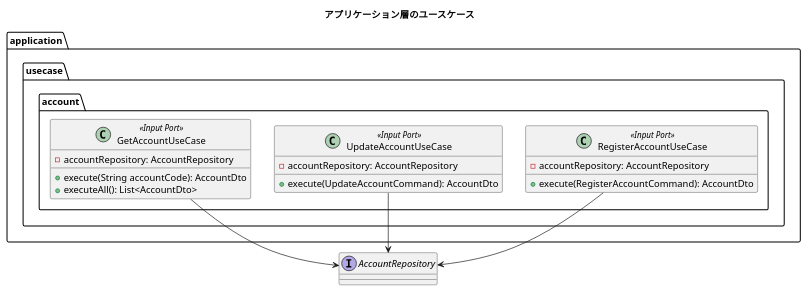
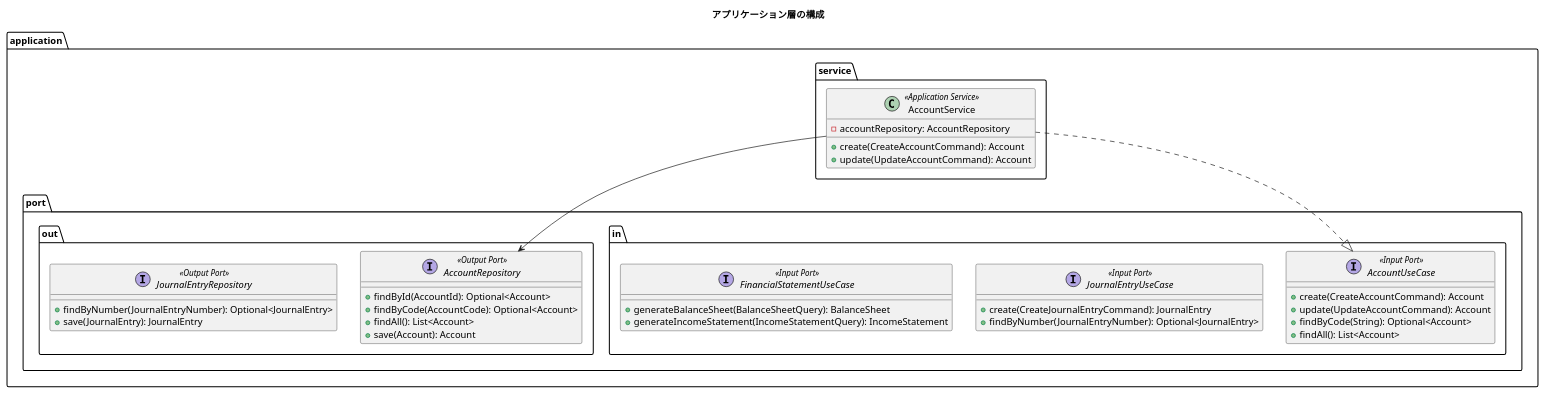
One commit to k2works/case-study-accounting changed the third of 6 diagrams in docs/design/architecture_backend.md. Above: the diagram before and after it, drawn with PlantUML. The commit also changed other lines of this file, not shown here.

First line of the commit message:
docs(design): architecture_backend.md の整合性を修正

````diff
--- a/docs/design/architecture_backend.md
+++ b/docs/design/architecture_backend.md
@@ -287,29 +282,49 @@
 ```plantuml
 @startuml
-title アプリケーション層のユースケース
+title アプリケーション層の構成
 
-package "application.usecase.account" {
-  class RegisterAccountUseCase <<Input Port>> {
-    - accountRepository: AccountRepository
-    + execute(RegisterAccountCommand): AccountDto
+package "application.port.in" {
+  interface AccountUseCase <<Input Port>> {
+    + create(CreateAccountCommand): Account
+    + update(UpdateAccountCommand): Account
+    + findByCode(String): Optional<Account>
+    + findAll(): List<Account>
   }
 
-  class UpdateAccountUseCase <<Input Port>> {
-    - accountRepository: AccountRepository
-    + execute(UpdateAccountCommand): AccountDto
+  interface JournalEntryUseCase <<Input Port>> {
+    + create(CreateJournalEntryCommand): JournalEntry
+    + findByNumber(JournalEntryNumber): Optional<JournalEntry>
   }
 
-  class GetAccountUseCase <<Input Port>> {
-    - accountRepository: AccountRepository
-    + execute(String accountCode): AccountDto
-    + executeAll(): List<AccountDto>
+  interface FinancialStatementUseCase <<Input Port>> {
+    + generateBalanceSheet(BalanceSheetQuery): BalanceSheet
+    + generateIncomeStatement(IncomeStatementQuery): IncomeStatement
   }
 }
 
-interface AccountRepository
+package "application.port.out" {
+  interface AccountRepository <<Output Port>> {
+    + findById(AccountId): Optional<Account>
+    + findByCode(AccountCode): Optional<Account>
+    + findAll(): List<Account>
+    + save(Account): Account
+  }
 
-RegisterAccountUseCase --> AccountRepository
-UpdateAccountUseCase --> AccountRepository
-GetAccountUseCase --> AccountRepository
+  interface JournalEntryRepository <<Output Port>> {
+    + findByNumber(JournalEntryNumber): Optional<JournalEntry>
+    + save(JournalEntry): JournalEntry
+  }
+}
+
+package "application.service" {
+  class AccountService <<Application Service>> {
+    - accountRepository: AccountRepository
+    + create(CreateAccountCommand): Account
+    + update(UpdateAccountCommand): Account
+  }
+}
+
+AccountService ..|> AccountUseCase
+AccountService --> AccountRepository
 @enduml
 ```
````
